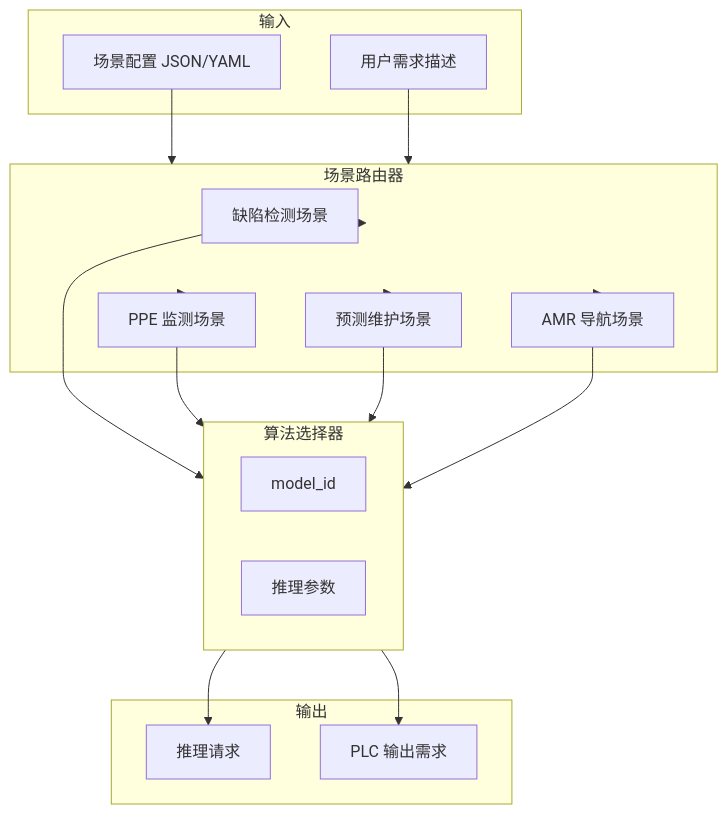
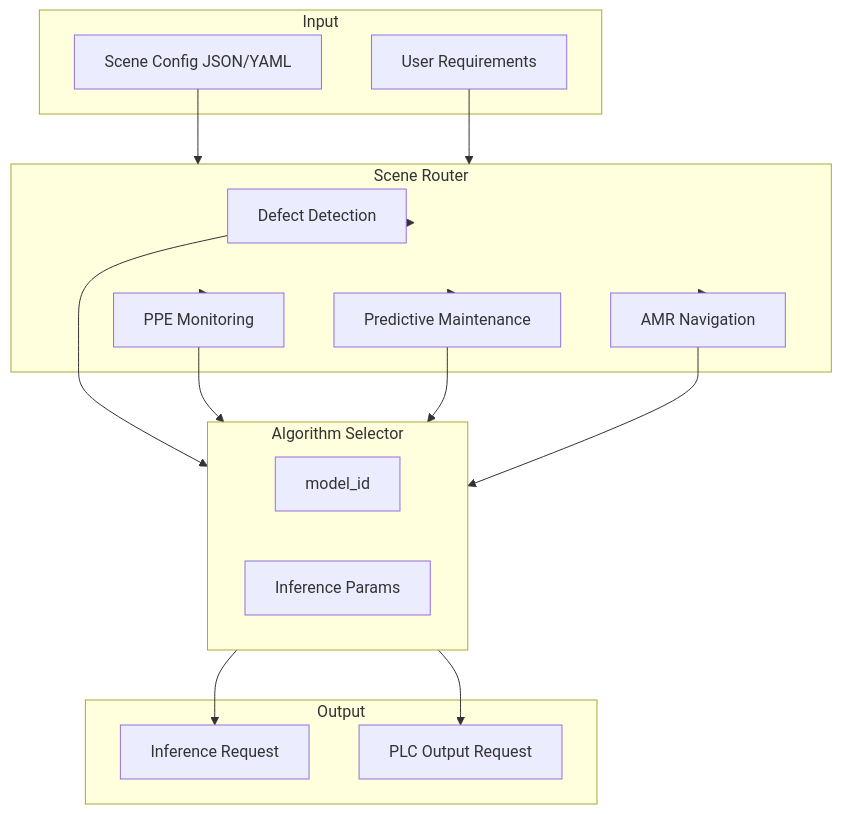
Before and after one commit to JeffRen1977/smartCamera: the first of 2 diagrams in docs/architecture/01_business_layer.md, drawn with Mermaid. The commit also changed other lines of this file and 36 other files, not shown here.

````diff
--- a/docs/architecture/01_business_layer.md
+++ b/docs/architecture/01_business_layer.md
@@ -19,37 +19,37 @@
 ```mermaid
 flowchart TB
-    subgraph Input [输入]
-        Config[场景配置 JSON/YAML]
-        UserReq[用户需求描述]
+    subgraph Input [Input]
+        Config[Scene Config JSON/YAML]
+        UserReq[User Requirements]
     end
 
-    subgraph SceneRouter [场景路由器]
-        Defect[缺陷检测场景]
-        PPE[PPE 监测场景]
-        Predict[预测维护场景]
-        AMR[AMR 导航场景]
+    subgraph SceneRouter [Scene Router]
+        Defect[Defect Detection]
+        PPE[PPE Monitoring]
+        Predict[Predictive Maintenance]
+        AMR[AMR Navigation]
     end
 
-    subgraph AlgoSelector [算法选择器]
+    subgraph AlgoSelector [Algorithm Selector]
         ModelID[model_id]
-        Params[推理参数]
+        Params[Inference Params]
     end
 
-    subgraph Output [输出]
-        InferReq[推理请求]
-        PLCReq[PLC 输出需求]
+    subgraph Output [Output]
+        InferReq[Inference Request]
+        PLCReq[PLC Output Request]
     end
 
     Config --> SceneRouter
     UserReq --> SceneRouter
     SceneRouter --> Defect
     SceneRouter --> PPE
     SceneRouter --> Predict
     SceneRouter --> AMR
     Defect --> AlgoSelector
     PPE --> AlgoSelector
     Predict --> AlgoSelector
     AMR --> AlgoSelector
     AlgoSelector --> InferReq
     AlgoSelector --> PLCReq
 ```
````
